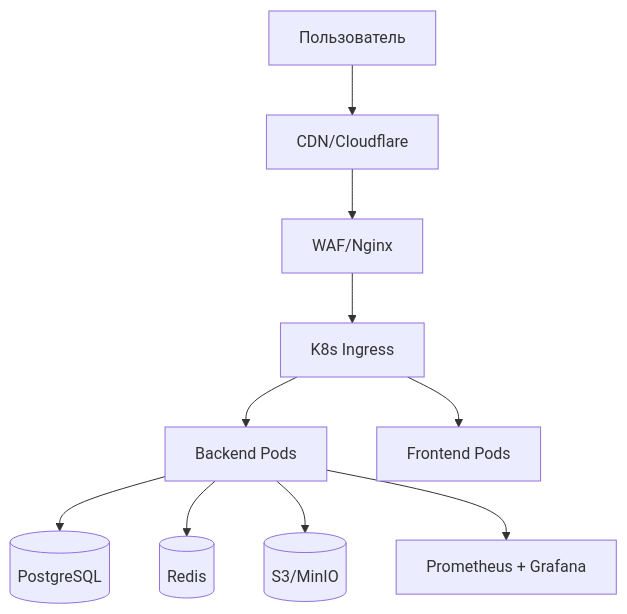
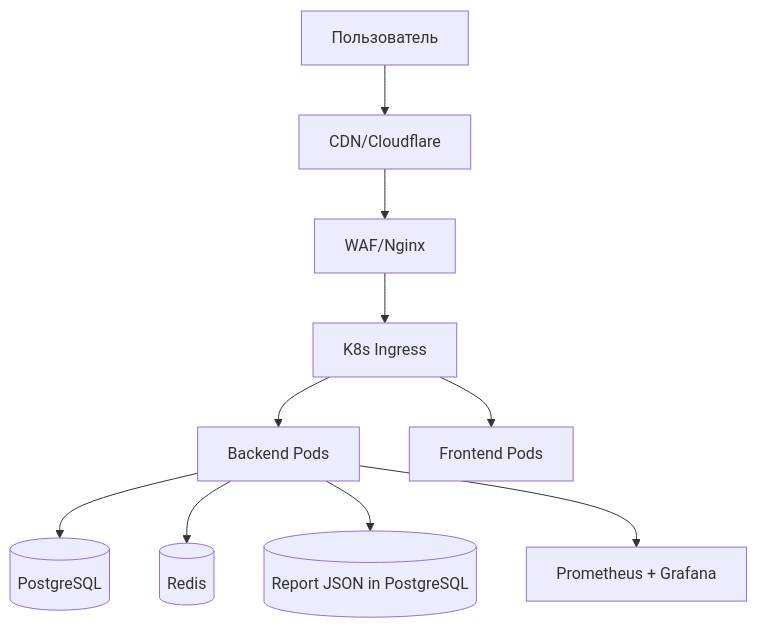
One commit to fixemer90-stack/Archemap changed the diagram in docs/SRS/SRS-E8-production-scale.md. Above: the diagram before and after it, drawn with Mermaid. The commit also changed other lines of this file and 8 other files, not shown here.

````diff
--- a/docs/SRS/SRS-E8-production-scale.md
+++ b/docs/SRS/SRS-E8-production-scale.md
@@ -53,12 +53,12 @@
 ```mermaid
 flowchart TD
     User[Пользователь] --> CDN[CDN/Cloudflare]
     CDN --> WAF[WAF/Nginx]
     WAF --> Ingress[K8s Ingress]
     Ingress --> Backend[Backend Pods]
     Ingress --> Frontend[Frontend Pods]
     Backend --> PG[(PostgreSQL)]
     Backend --> Redis[(Redis)]
-    Backend --> S3[(S3/MinIO)]
+    Backend --> ReportsJSON[(Report JSON in PostgreSQL)]
     Backend --> Monitoring[Prometheus + Grafana]
 ```
````
